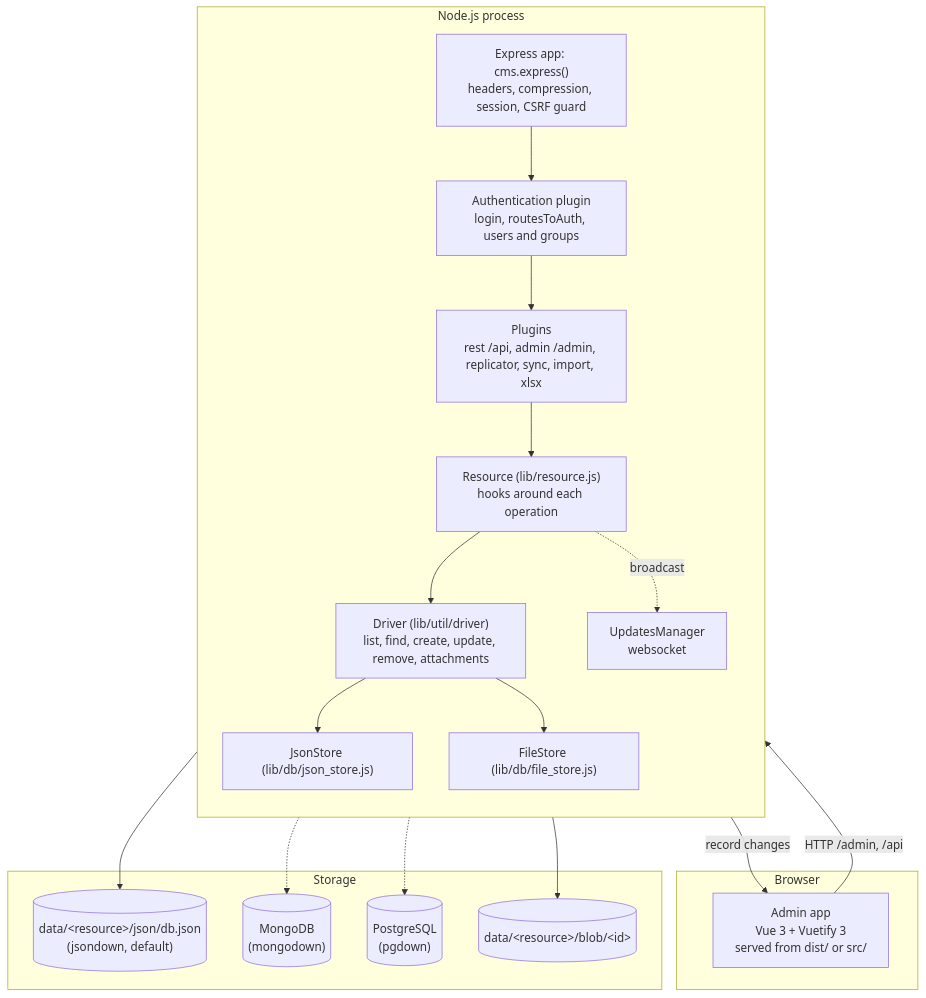
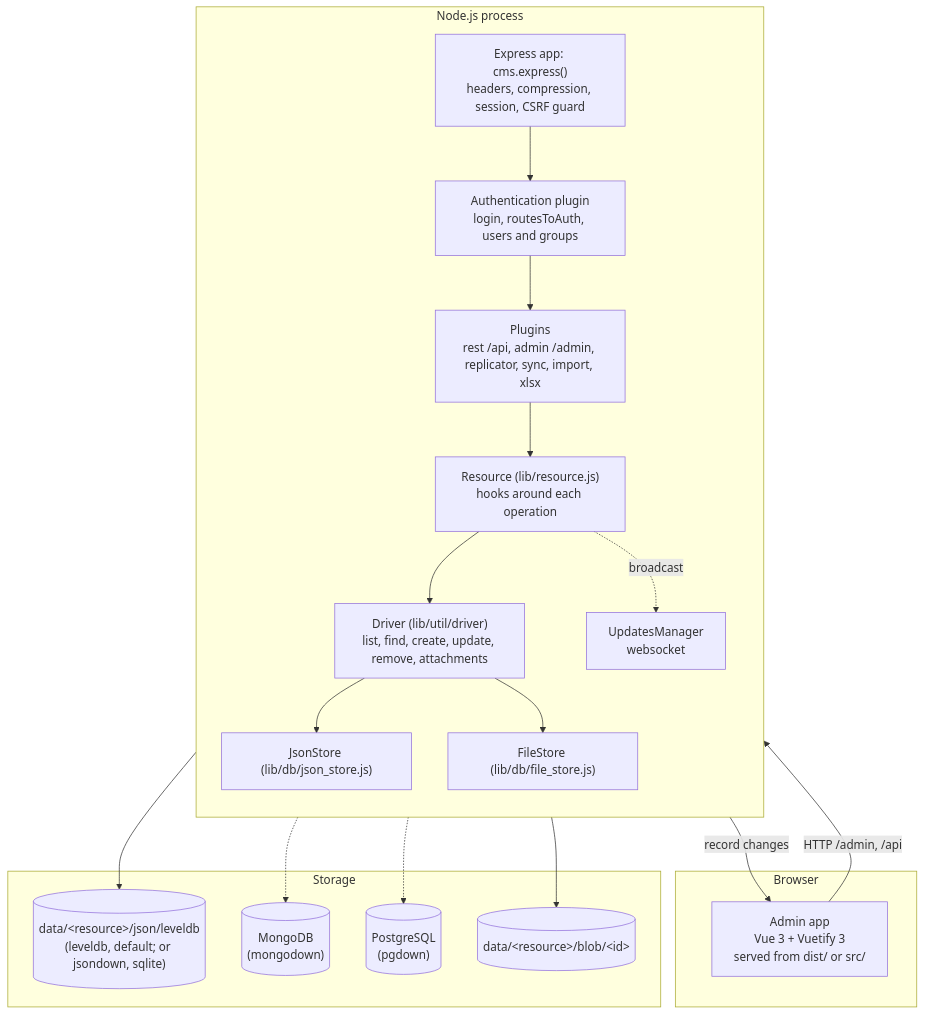
The first of 2 diagrams in docs/ARCHITECTURE.md (xiaodoudou/embed-cms), drawn with Mermaid before and after one commit. The commit also changed other lines of this file and 20 other files, not shown here.

First line of the commit message:
Record stores: LevelDB and SQLite beside the JSON file, MongoDB and PostgreSQL

````diff
--- a/docs/ARCHITECTURE.md
+++ b/docs/ARCHITECTURE.md
@@ -9,33 +9,33 @@
 ```mermaid
 flowchart TB
   subgraph browser["Browser"]
     admin["Admin app<br/>Vue 3 + Vuetify 3<br/>served from dist/ or src/"]
   end
   subgraph process["Node.js process"]
     direction TB
     express["Express app: cms.express()<br/>headers, compression, session, CSRF guard"]
     auth["Authentication plugin<br/>login, routesToAuth, users and groups"]
     plugins["Plugins<br/>rest /api, admin /admin, replicator, sync, import, xlsx"]
     updates["UpdatesManager<br/>websocket"]
     resource["Resource (lib/resource.js)<br/>hooks around each operation"]
     driver["Driver (lib/util/driver)<br/>list, find, create, update, remove, attachments"]
     json["JsonStore (lib/db/json_store.js)"]
     files["FileStore (lib/db/file_store.js)"]
     express --> auth --> plugins --> resource --> driver
     driver --> json
     driver --> files
     resource -. broadcast .-> updates
   end
   subgraph storage["Storage"]
-    jsondown[("data/&lt;resource&gt;/json/db.json<br/>(jsondown, default)")]
+    leveldb[("data/&lt;resource&gt;/json/leveldb<br/>(leveldb, default; or jsondown, sqlite)")]
     mongo[("MongoDB<br/>(mongodown)")]
     pg[("PostgreSQL<br/>(pgdown)")]
     blob[("data/&lt;resource&gt;/blob/&lt;id&gt;")]
   end
   admin -- "HTTP /admin, /api" --> express
   updates -- "record changes" --> admin
-  json --> jsondown
+  json --> leveldb
   json -.-> mongo
   json -.-> pg
   files --> blob
 ```
````
